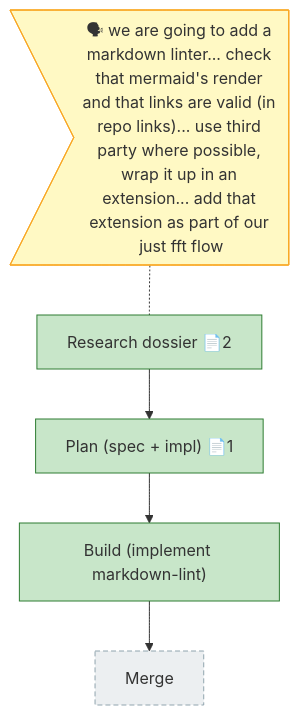
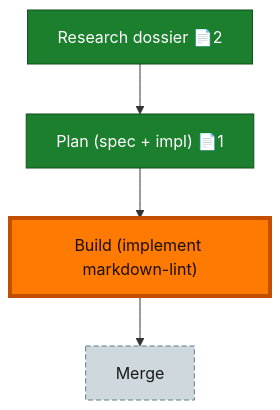
One commit to AI-Substrate/harness-engineering changed the diagram in docs/plans/029-markdown-lint-extension/the-flow.md. Above: the diagram before and after it, drawn with Mermaid. The commit also changed other lines of this file and 53 other files, not shown here.

First line of the commit message:
docs: close out flow states + land prior-session artifacts (034-052)

````diff
--- a/docs/plans/029-markdown-lint-extension/the-flow.md
+++ b/docs/plans/029-markdown-lint-extension/the-flow.md
@@ -8,27 +8,14 @@
 ```mermaid
 flowchart TD
+    research["Research dossier 📄2"]:::done
+    plan["Plan (spec + impl) 📄1"]:::done
+    build["Build (implement markdown-lint)"]:::done
     merge["Merge"]:::assumed
-    plan["Plan (spec + impl) 📄1"]:::done
-    research["Research dossier 📄2"]:::done
-    build["Build (implement markdown-lint)"]:::done
 
-    plan --> build
-    research --> plan
-    build --> merge
+    research --> plan --> build --> merge
 
-    say_research>"🗣 we are going to add a markdown linter... check that mermaid's render and that links are valid (in repo links)... use third party where possible, wrap it up in an extension... add that extension as part of our just fft flow"]:::said
-    say_research -.- research
-
-    classDef done fill:#C8E6C9,stroke:#2E7D32;
-    classDef wip fill:#FFE0B2,stroke:#EF6C00;
-    classDef blocked fill:#FFCDD2,stroke:#C62828;
-    classDef known fill:#BBDEFB,stroke:#1565C0;
-    classDef assumed fill:#ECEFF1,stroke:#90A4AE,stroke-dasharray:5 3;
-    classDef said fill:#FFF9C4,stroke:#F9A825;
-    classDef harness fill:#EDE7F6,stroke:#673AB7;
-    classDef decision fill:#FFF3E0,stroke:#FB8C00,stroke-dasharray:2 2;
-    classDef companion fill:#D1C4E9,stroke:#5E35B1;
-    classDef worker fill:#B2DFDB,stroke:#00897B;
-    classDef chore fill:#E0F2F1,stroke:#00897B,stroke-dasharray:3 2;
-    classDef unknown fill:#FAFAFA,stroke:#BDBDBD,stroke-dasharray:1 4;
+    classDef done fill:#1B7F2E,stroke:#0F4F1B,color:#fff;
+    classDef assumed fill:#CFD8DC,stroke:#607D8B,color:#1a1a1a,stroke-dasharray:5 3;
+    classDef current fill:#FF7A00,stroke:#C24E00,color:#1a0e00,stroke-width:4px;
+    class build current;
 ```
````
